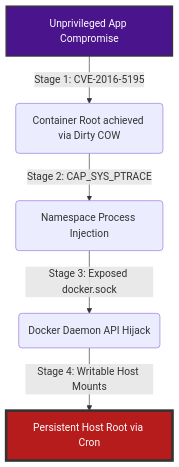
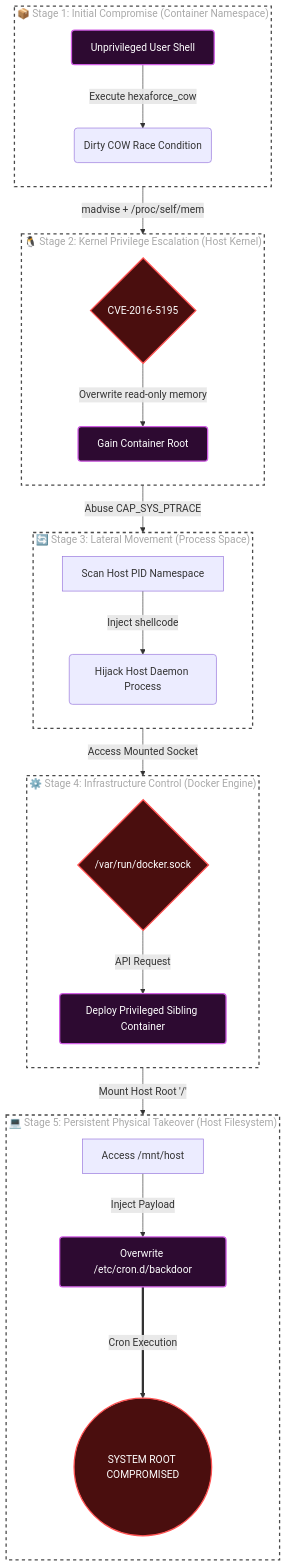
Before and after one commit to AzDevops143/cyberesecassign1: the diagram in README.md, drawn with Mermaid.

Commit message:
Docs: Enhance Mermaid architecture diagram with detailed stage subgraphs

````diff
--- a/README.md
+++ b/README.md
@@ -31,10 +31,42 @@
 ```mermaid
 graph TD
-    A[Unprivileged App Compromise] -->|Stage 1: CVE-2016-5195| B(Container Root achieved via Dirty COW)
-    B -->|Stage 2: CAP_SYS_PTRACE| C(Namespace Process Injection)
-    C -->|Stage 3: Exposed docker.sock| D(Docker Daemon API Hijack)
-    D -->|Stage 4: Writable Host Mounts| E[Persistent Host Root via Cron]
-    
-    style A fill:#4a148c,stroke:#333,stroke-width:2px,color:#fff
-    style E fill:#b71c1c,stroke:#333,stroke-width:4px,color:#fff
+    %% Styling Definitions
+    classDef attacker fill:#2d0a31,stroke:#d05ce3,stroke-width:2px,color:#fff,rx:5px,ry:5px
+    classDef boundary fill:none,stroke:#4a4a4a,stroke-width:2px,stroke-dasharray: 5 5,color:#a9a9a9
+    classDef critical fill:#4a0e0e,stroke:#ff5252,stroke-width:2px,color:#fff,rx:5px,ry:5px
+    classDef host fill:#0a192f,stroke:#64ffda,stroke-width:2px,color:#fff,rx:5px,ry:5px
+
+    %% Subgraphs for logical boundaries
+    subgraph Container ["📦 Stage 1: Initial Compromise (Container Namespace)"]
+        direction TB
+        A[Unprivileged User Shell]:::attacker -->|Execute hexaforce_cow| B(Dirty COW Race Condition)
+    end
+
+    subgraph Kernel ["🐧 Stage 2: Kernel Privilege Escalation (Host Kernel)"]
+        direction TB
+        B -->|madvise + /proc/self/mem| C{CVE-2016-5195}:::critical
+        C -->|Overwrite read-only memory| D[Gain Container Root]:::attacker
+    end
+
+    subgraph Lateral ["🔄 Stage 3: Lateral Movement (Process Space)"]
+        direction TB
+        D -->|Abuse CAP_SYS_PTRACE| E[Scan Host PID Namespace]
+        E -->|Inject shellcode| F(Hijack Host Daemon Process)
+    end
+
+    subgraph Infrastructure ["⚙️ Stage 4: Infrastructure Control (Docker Engine)"]
+        direction TB
+        F -->|Access Mounted Socket| G{/var/run/docker.sock}:::critical
+        G -->|API Request| H[Deploy Privileged Sibling Container]:::attacker
+    end
+
+    subgraph Persistence ["💻 Stage 5: Persistent Physical Takeover (Host Filesystem)"]
+        direction TB
+        H -->|Mount Host Root '/'| I[Access /mnt/host]
+        I -->|Inject Payload| J[Overwrite /etc/cron.d/backdoor]:::attacker
+        J ===>|Cron Execution| K((SYSTEM ROOT COMPROMISED)):::critical
+    end
+
+    %% Apply boundary styling
+    class Container,Kernel,Lateral,Infrastructure,Persistence boundary
 ```
````
